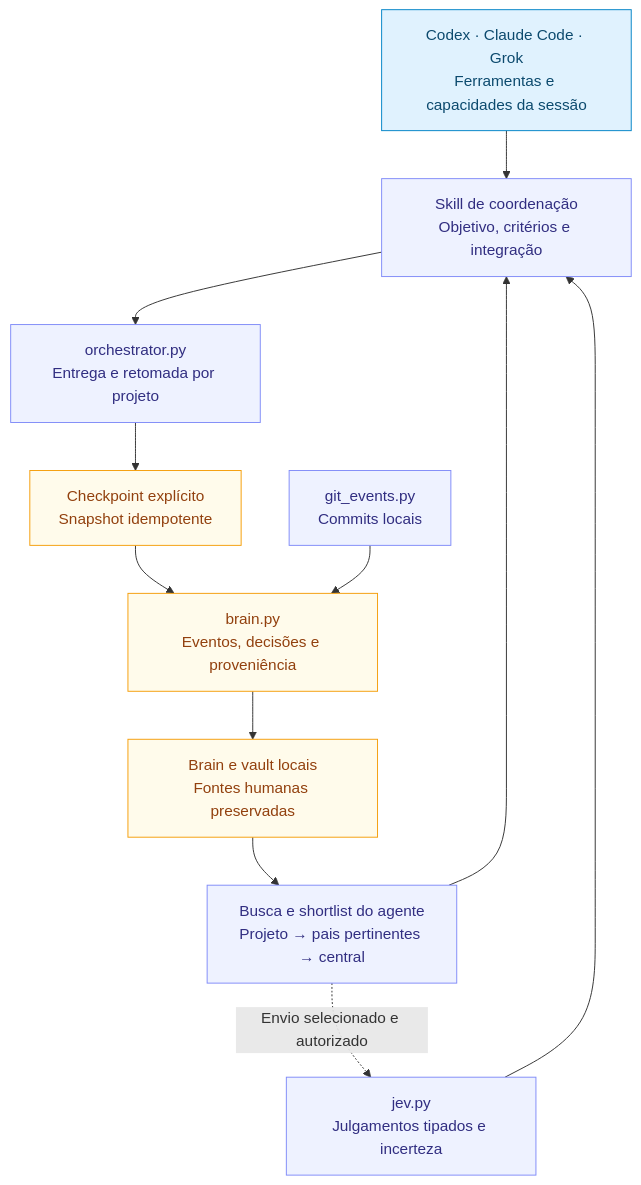
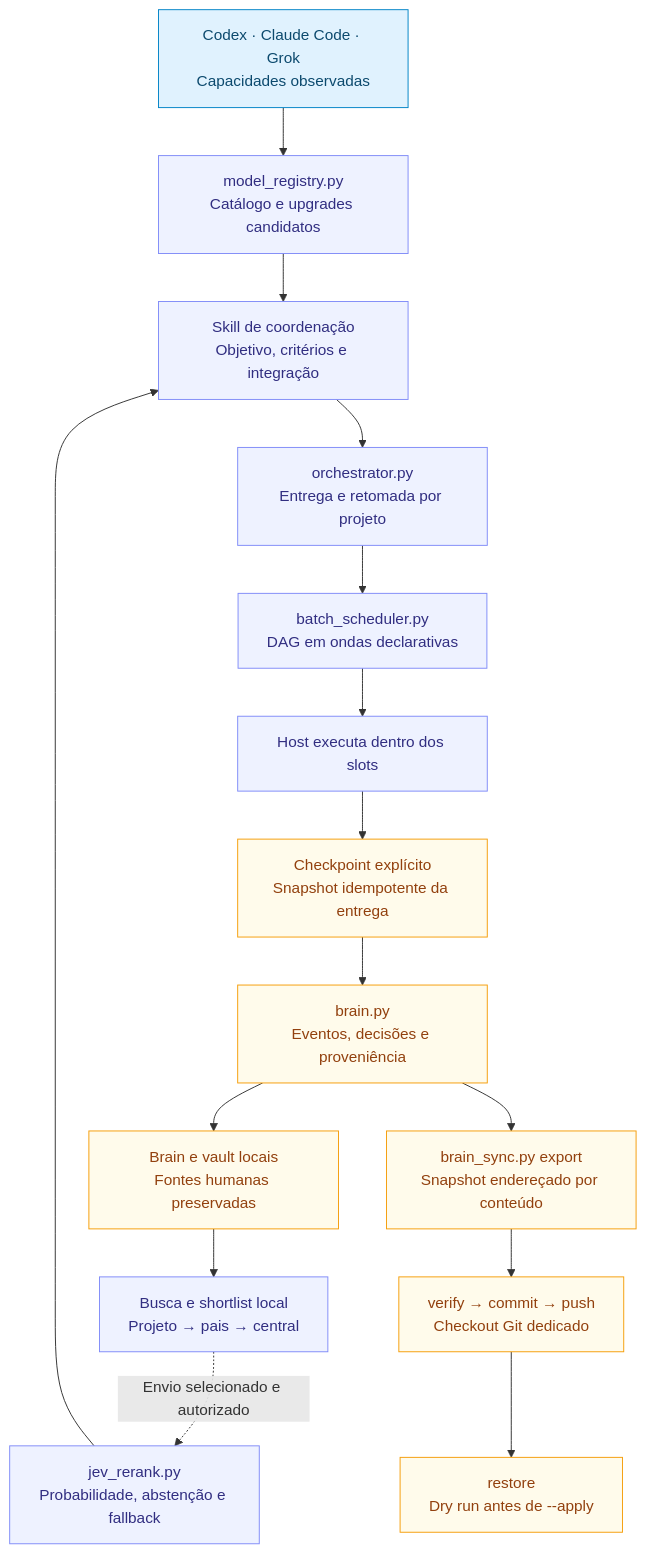
One commit to HericlisBezerra/hebe-orchestrate-Codex changed the diagram in plugins/hebe-orchestrator-codex/docs/ORCHESTRATOR-EVOLUCAO.md. Above: the diagram before and after it, drawn with Mermaid. The commit also changed other lines of this file and 48 other files, not shown here.

Commit message:
Publica catálogo dinâmico, ondas, Jev e sync da v0.8.0

````diff
--- a/plugins/hebe-orchestrator-codex/docs/ORCHESTRATOR-EVOLUCAO.md
+++ b/plugins/hebe-orchestrator-codex/docs/ORCHESTRATOR-EVOLUCAO.md
@@ -27,20 +29,24 @@
 ```mermaid
 flowchart TB
-    H["Codex · Claude Code · Grok<br/>Ferramentas e capacidades da sessão"] --> C["Skill de coordenação<br/>Objetivo, critérios e integração"]
+    H["Codex · Claude Code · Grok<br/>Capacidades observadas"] --> MR["model_registry.py<br/>Catálogo e upgrades candidatos"]
+    MR --> C["Skill de coordenação<br/>Objetivo, critérios e integração"]
     C --> O["orchestrator.py<br/>Entrega e retomada por projeto"]
-    O --> E["Checkpoint explícito<br/>Snapshot idempotente"]
+    O --> DG["batch_scheduler.py<br/>DAG em ondas declarativas"]
+    DG --> X["Host executa dentro dos slots"]
+    X --> E["Checkpoint explícito<br/>Snapshot idempotente da entrega"]
     E --> B["brain.py<br/>Eventos, decisões e proveniência"]
     B --> P["Brain e vault locais<br/>Fontes humanas preservadas"]
-    P --> S["Busca e shortlist do agente<br/>Projeto → pais pertinentes → central"]
-    S --> C
-    S -. "Envio selecionado e autorizado" .-> J["jev.py<br/>Julgamentos tipados e incerteza"]
+    P --> S["Busca e shortlist local<br/>Projeto → pais → central"]
+    S -. "Envio selecionado e autorizado" .-> J["jev_rerank.py<br/>Probabilidade, abstenção e fallback"]
     J --> C
-    G["git_events.py<br/>Commits locais"] --> B
+    B --> BX["brain_sync.py export<br/>Snapshot endereçado por conteúdo"]
+    BX --> BV["verify → commit → push<br/>Checkout Git dedicado"]
+    BV --> BR["restore<br/>Dry run antes de --apply"]
 
     classDef host fill:#e0f2fe,color:#0c4a6e,stroke:#0284c7;
     classDef runtime fill:#eef2ff,color:#312e81,stroke:#818cf8;
     classDef memory fill:#fffbeb,color:#92400e,stroke:#f59e0b;
     class H host;
-    class C,O,S,J,G runtime;
-    class E,B,P memory;
+    class MR,C,O,DG,X,S,J runtime;
+    class E,B,P,BX,BV,BR memory;
 ```
````
